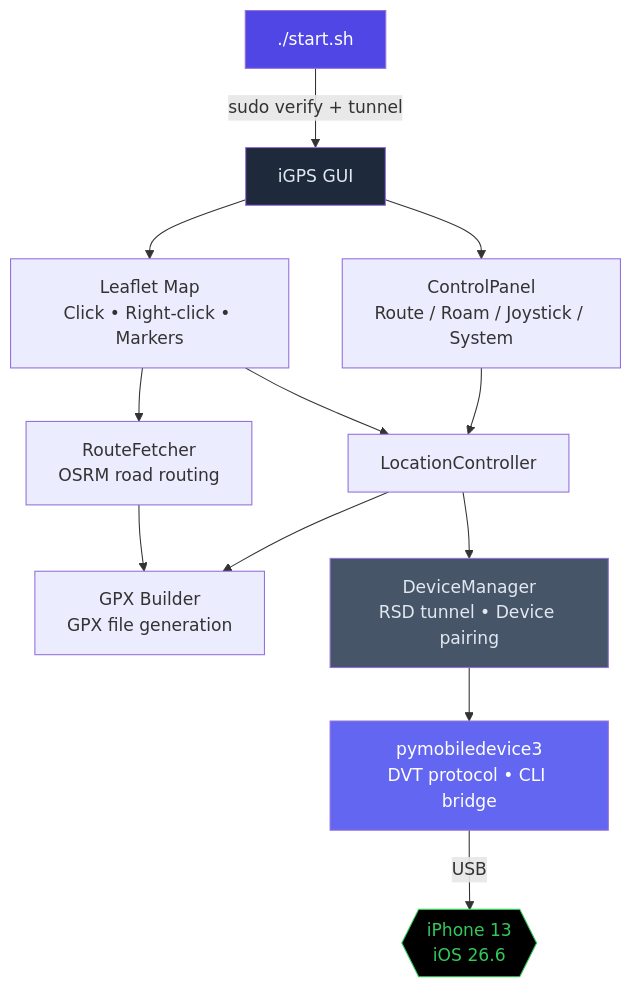
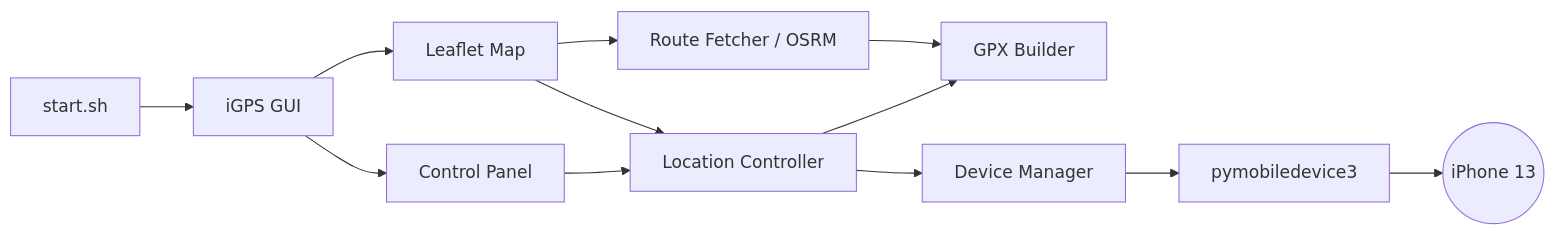
One commit to Alexchen93/iGPS changed the diagram in README.md. Above: the diagram before and after it, drawn with Mermaid. The commit also changed 1 other file, not shown here.

Commit message:
Fix Mermaid diagram: simplify for GitHub rendering
- Remove style directives (not supported in GitHub Mermaid)
- Use basic node shapes: [] for rect, () for rounded, (()) for circle
- flowLeft-Right for better horizontal layout

````diff
--- a/README.md
+++ b/README.md
@@ -25,26 +25,20 @@
 ```mermaid
-flowchart TD
-    A[./start.sh] -->|sudo verify + tunnel| B[iGPS GUI]
+flowchart LR
+    A[start.sh] --> B[iGPS GUI]
 
-    B --> C[ControlPanel<br/>Route / Roam / Joystick / System]
-    B --> D[Leaflet Map<br/>Click • Right-click • Markers]
+    B --> C[Control Panel]
+    B --> D[Leaflet Map]
 
-    C --> E[LocationController]
+    C --> E[Location Controller]
     D --> E
-    D --> F[RouteFetcher<br/>OSRM road routing]
+    D --> F[Route Fetcher / OSRM]
 
-    E --> G[GPX Builder<br/>GPX file generation]
+    E --> G[GPX Builder]
     F --> G
 
-    E --> H[DeviceManager<br/>RSD tunnel • Device pairing]
+    E --> H[Device Manager]
 
-    H --> I[pymobiledevice3<br/>DVT protocol • CLI bridge]
+    H --> I[pymobiledevice3]
 
-    I -->|USB| J{{iPhone 13<br/>iOS 26.6}}
-
-    style A fill:#4f46e5,color:#fff
-    style B fill:#1e293b,color:#e2e8f0
-    style J fill:#000,color:#34c759,stroke:#34c759
-    style I fill:#6366f1,color:#fff
-    style H fill:#475569,color:#e2e8f0
+    I --> J((iPhone 13))
 ```
````
